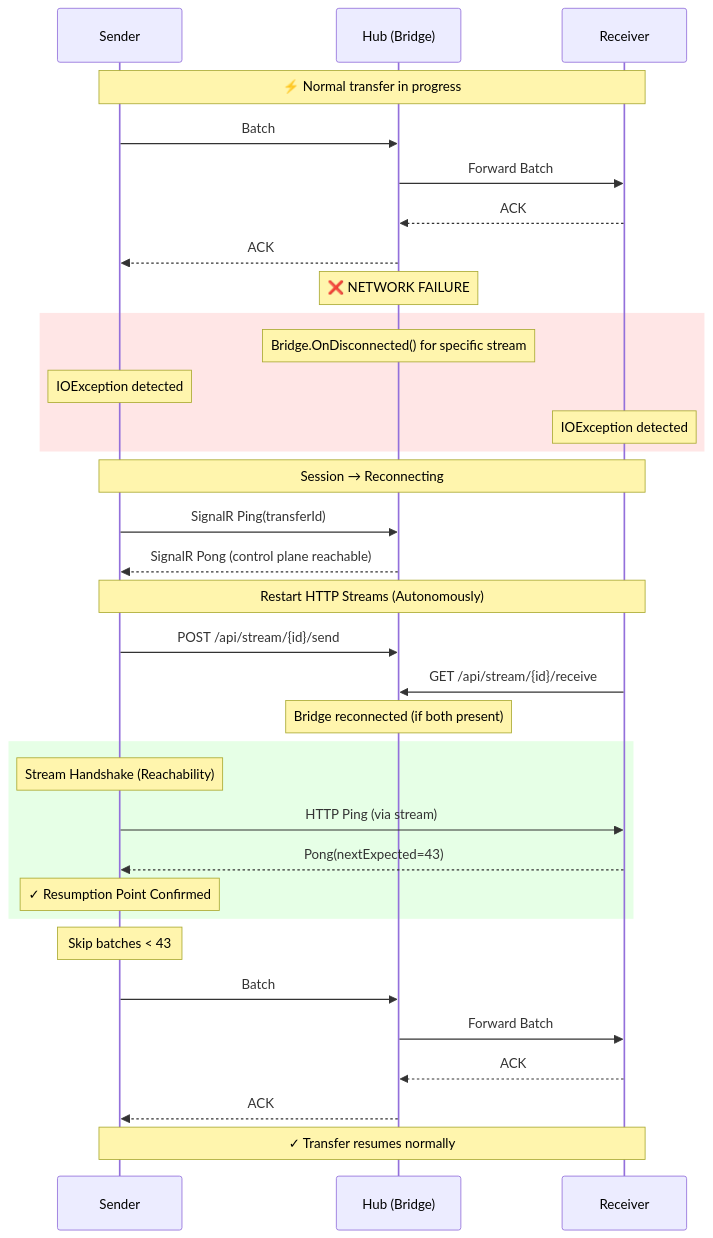
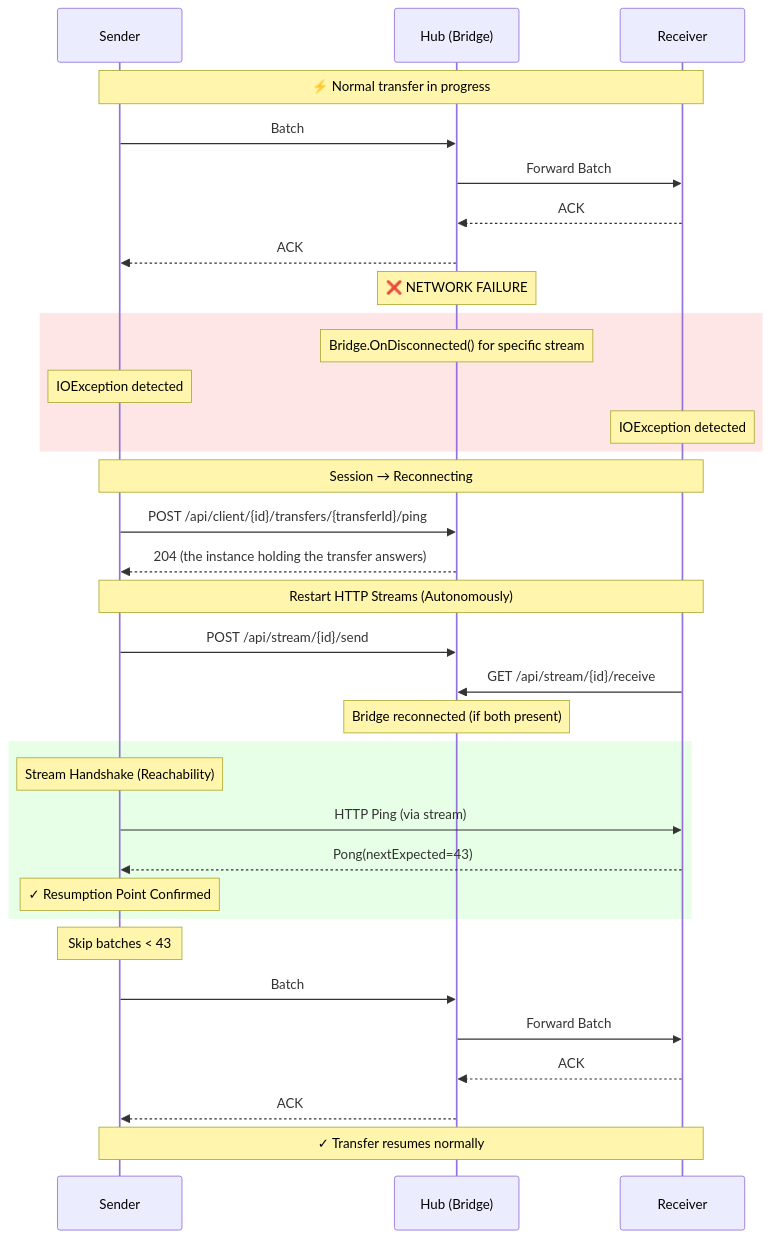
Before and after one commit to nicopon/transportr: the first of 3 diagrams in ResilienceArchitecture.md, drawn with Mermaid. The commit also changed other lines of this file and 9 other files, not shown here.

First line of the commit message:
docs: describe the control plane as requests and a stream of events

````diff
--- a/ResilienceArchitecture.md
+++ b/ResilienceArchitecture.md
@@ -78,48 +83,48 @@
 ```mermaid
 sequenceDiagram
     participant S as Sender
     participant H as Hub (Bridge)
     participant R as Receiver
 
     Note over S,R: ⚡ Normal transfer in progress
 
     S->>H: Batch #42
     H->>R: Forward Batch #42
     R-->>H: ACK #42
     H-->>S: ACK #42
 
     Note over H: ❌ NETWORK FAILURE
 
     rect rgb(255, 230, 230)
         Note over H: Bridge.OnDisconnected() for specific stream
         Note over S: IOException detected
         Note over R: IOException detected
     end
 
     Note over S,R: Session → Reconnecting
 
-    S->>H: SignalR Ping(transferId)
-    H-->>S: SignalR Pong (control plane reachable)
+    S->>H: POST /api/client/{id}/transfers/{transferId}/ping
+    H-->>S: 204 (the instance holding the transfer answers)
 
     Note over S,R: Restart HTTP Streams (Autonomously)
 
     S->>H: POST /api/stream/{id}/send
     R->>H: GET /api/stream/{id}/receive
     Note over H: Bridge reconnected (if both present)
 
     rect rgb(230, 255, 230)
         Note over S: Stream Handshake (Reachability)
         S->>R: HTTP Ping (via stream)
         R-->>S: Pong(nextExpected=43)
         Note over S: ✓ Resumption Point Confirmed
     end
 
     Note over S: Skip batches < 43
 
     S->>H: Batch #43 (resend)
     H->>R: Forward Batch #43
     R-->>H: ACK #43
     H-->>S: ACK #43
 
     Note over S,R: ✓ Transfer resumes normally
 ```
````
